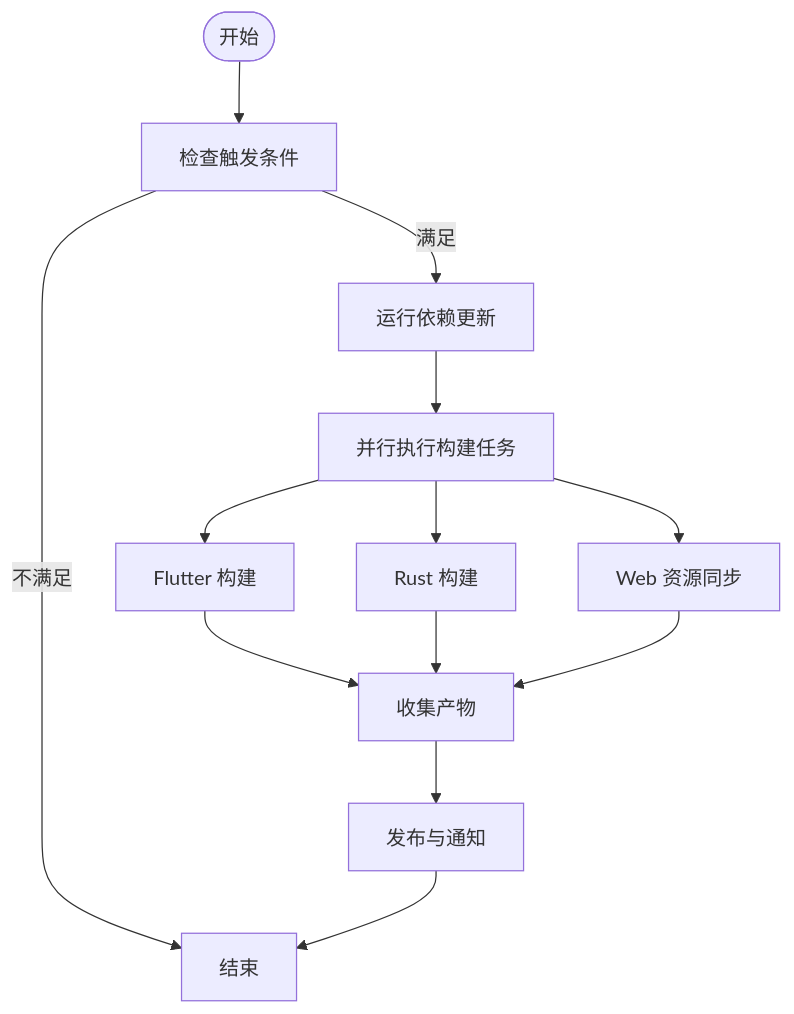
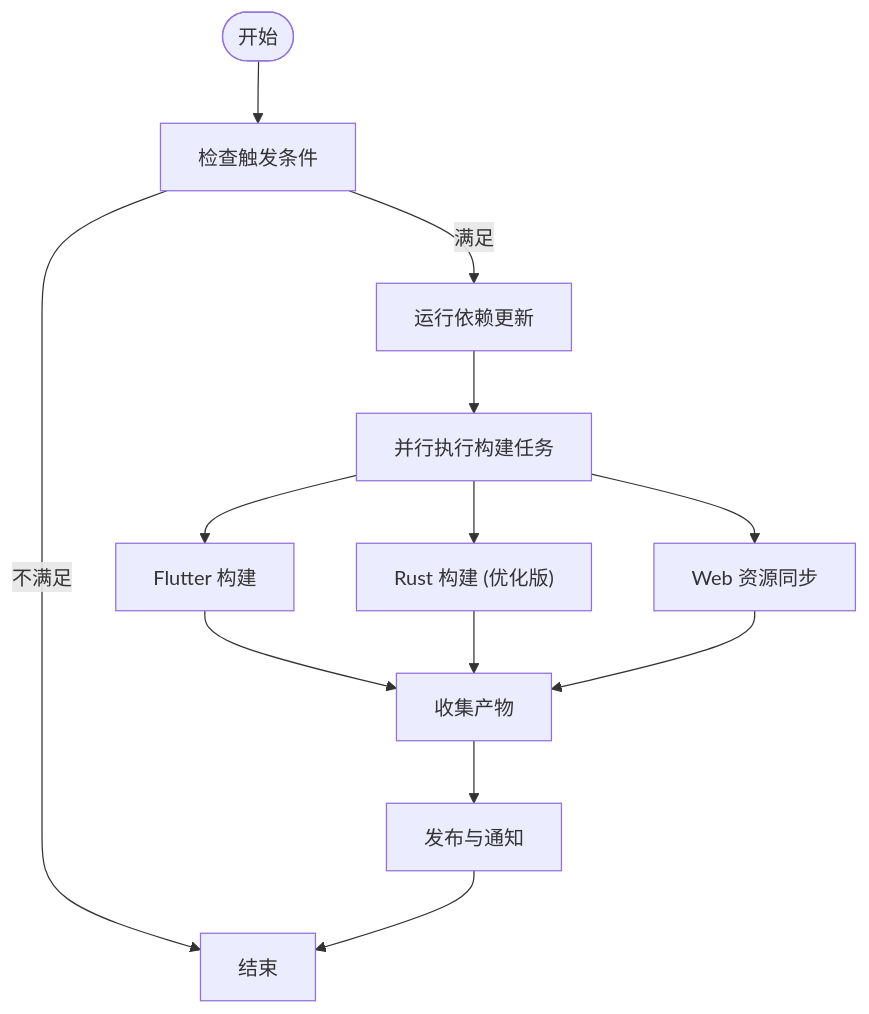
The third of 7 diagrams in .qoder/repowiki/zh/content/构建和部署/自动化脚本.md (ZhangGHGitHub/LegadoTeamFlutter), drawn with Mermaid before and after one commit. The commit also changed other lines of this file and 173 other files, not shown here.

````diff
--- a/.qoder/repowiki/zh/content/构建和部署/自动化脚本.md
+++ b/.qoder/repowiki/zh/content/构建和部署/自动化脚本.md
@@ -136,15 +147,15 @@
 ```mermaid
 flowchart TD
 Start(["开始"]) --> CheckTrigger["检查触发条件"]
 CheckTrigger --> |满足| RunDependabot["运行依赖更新"]
 CheckTrigger --> |不满足| End["结束"]
 RunDependabot --> BuildTasks["并行执行构建任务"]
 BuildTasks --> FlutterBuild["Flutter 构建"]
-BuildTasks --> RustBuild["Rust 构建"]
+BuildTasks --> RustBuild["Rust 构建 (优化版)"]
 BuildTasks --> WebSync["Web 资源同步"]
 FlutterBuild --> Artifact["收集产物"]
 RustBuild --> Artifact
 WebSync --> Artifact
 Artifact --> Publish["发布与通知"]
 Publish --> End
 ```
````
